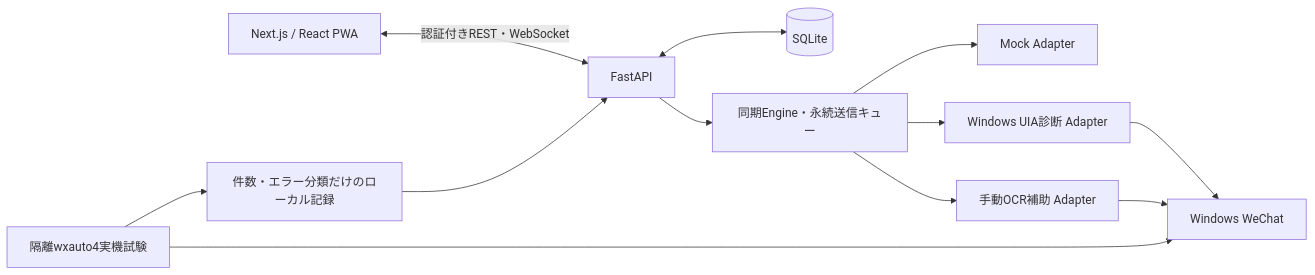
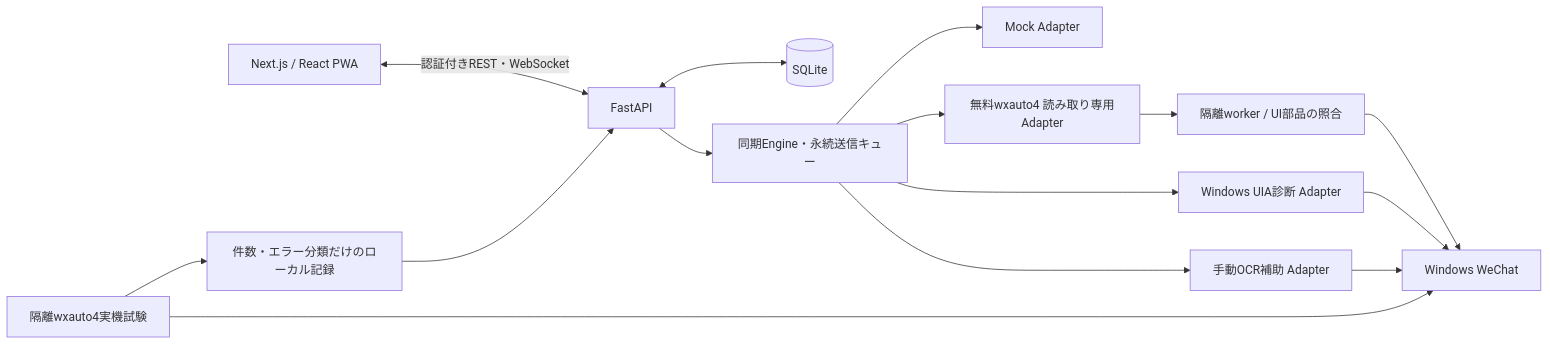
The diagram in wechat-chat/docs/architecture.md (xxx83482904-glitch/triangle-invoice-os), drawn with Mermaid before and after one commit. The commit also changed other lines of this file and 23 other files, not shown here.

````diff
--- a/wechat-chat/docs/architecture.md
+++ b/wechat-chat/docs/architecture.md
@@ -38,14 +38,17 @@
 ```mermaid
 flowchart LR
     PWA[Next.js / React PWA] <-->|認証付きREST・WebSocket| API[FastAPI]
     API <--> DB[(SQLite)]
     API --> Engine[同期Engine・永続送信キュー]
     Engine --> Mock[Mock Adapter]
     Engine --> UIA[Windows UIA診断 Adapter]
     Engine --> OCR[手動OCR補助 Adapter]
+    Engine --> Reader[無料wxauto4 読み取り専用Adapter]
+    Reader --> Worker[隔離worker / UI部品の照合]
+    Worker --> WX
     UIA --> WX[Windows WeChat]
     OCR --> WX
     Trial[隔離wxauto4実機試験] --> WX
     Trial --> Report[件数・エラー分類だけのローカル記録]
     Report --> API
 ```
````
